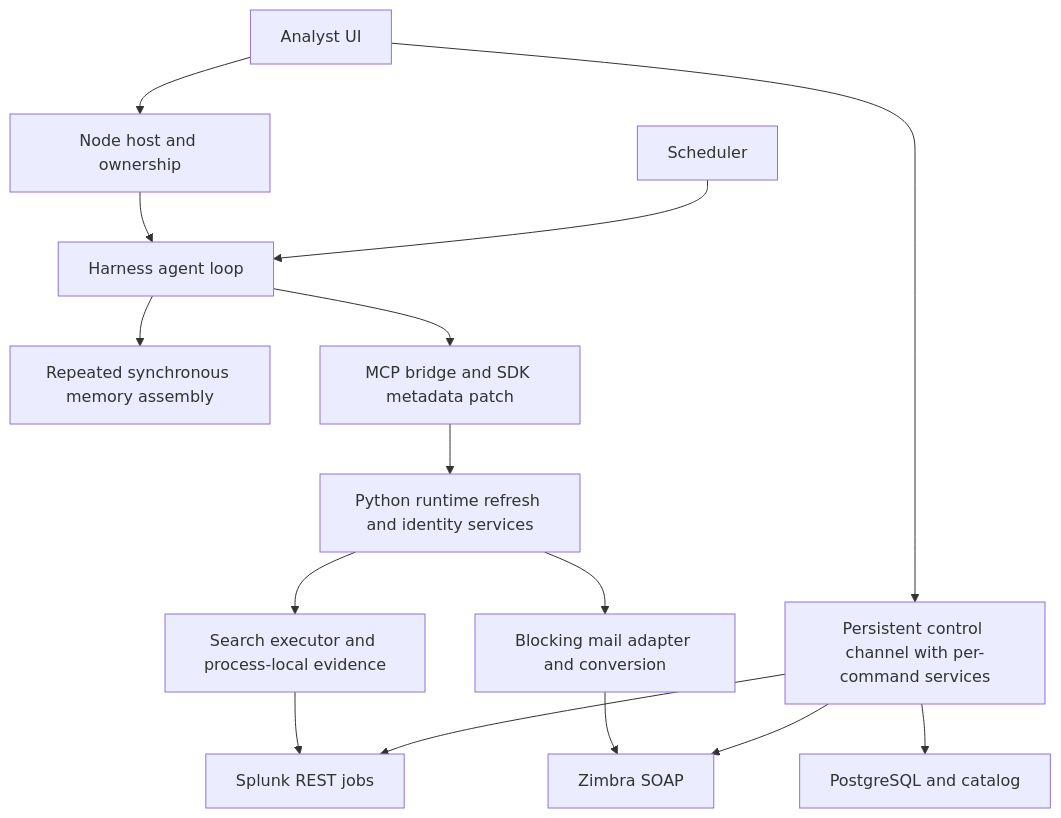
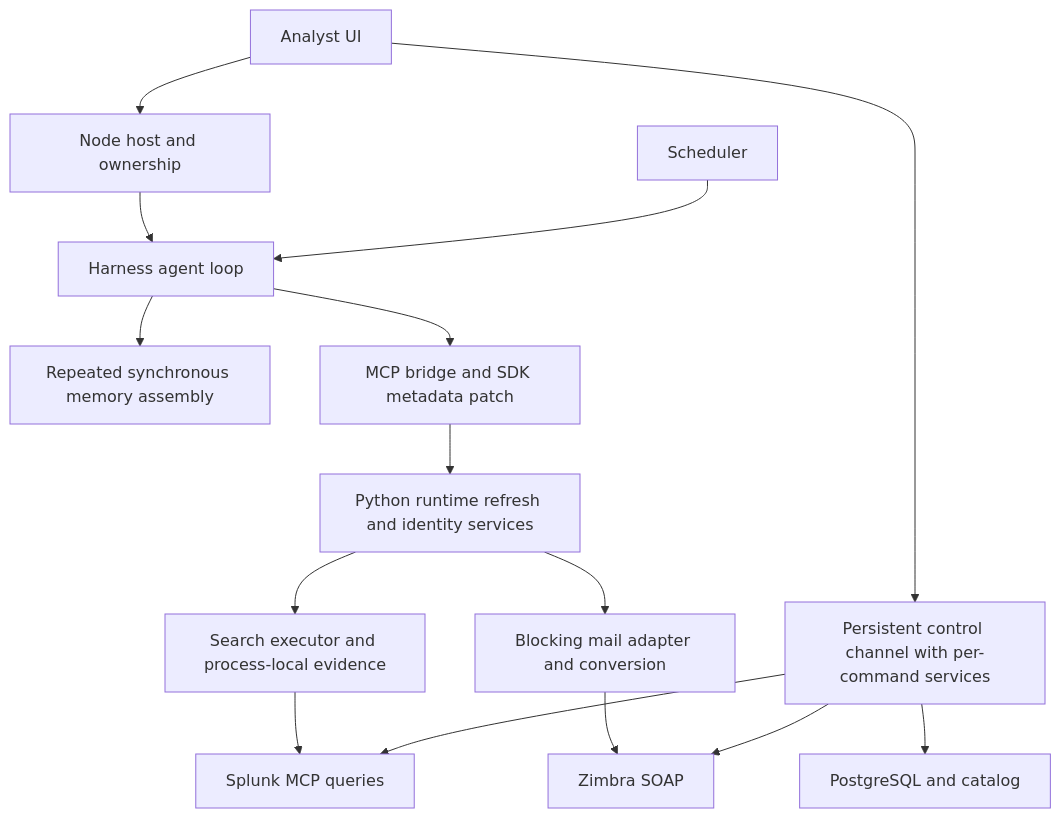
The first of 2 diagrams in docs/PERFORMANCE_REDESIGN_IMPLEMENTATION.md (Benchan691/CITIC_AGENT), drawn with Mermaid before and after one commit. The commit also changed other lines of this file and 61 other files, not shown here.

First line of the commit message:
Refactor Splunk MCP integration and enhance catalog management

````diff
--- a/docs/PERFORMANCE_REDESIGN_IMPLEMENTATION.md
+++ b/docs/PERFORMANCE_REDESIGN_IMPLEMENTATION.md
@@ -10,17 +10,17 @@
 ```mermaid
 flowchart TD
     UI[Analyst UI] --> Host[Node host and ownership]
     Host --> Agent[Harness agent loop]
     Agent --> Memory[Repeated synchronous memory assembly]
     Agent --> Bridge[MCP bridge and SDK metadata patch]
     Bridge --> MCP[Python runtime refresh and identity services]
     MCP --> Search[Search executor and process-local evidence]
-    Search --> Splunk[Splunk REST jobs]
+    Search --> Splunk[Splunk MCP queries]
     MCP --> Mail[Blocking mail adapter and conversion]
     Mail --> Zimbra[Zimbra SOAP]
     UI --> Control[Persistent control channel with per-command services]
     Control --> DB[PostgreSQL and catalog]
     Control --> Splunk
     Control --> Zimbra
     Scheduler[Scheduler] --> Agent
 ```
````
